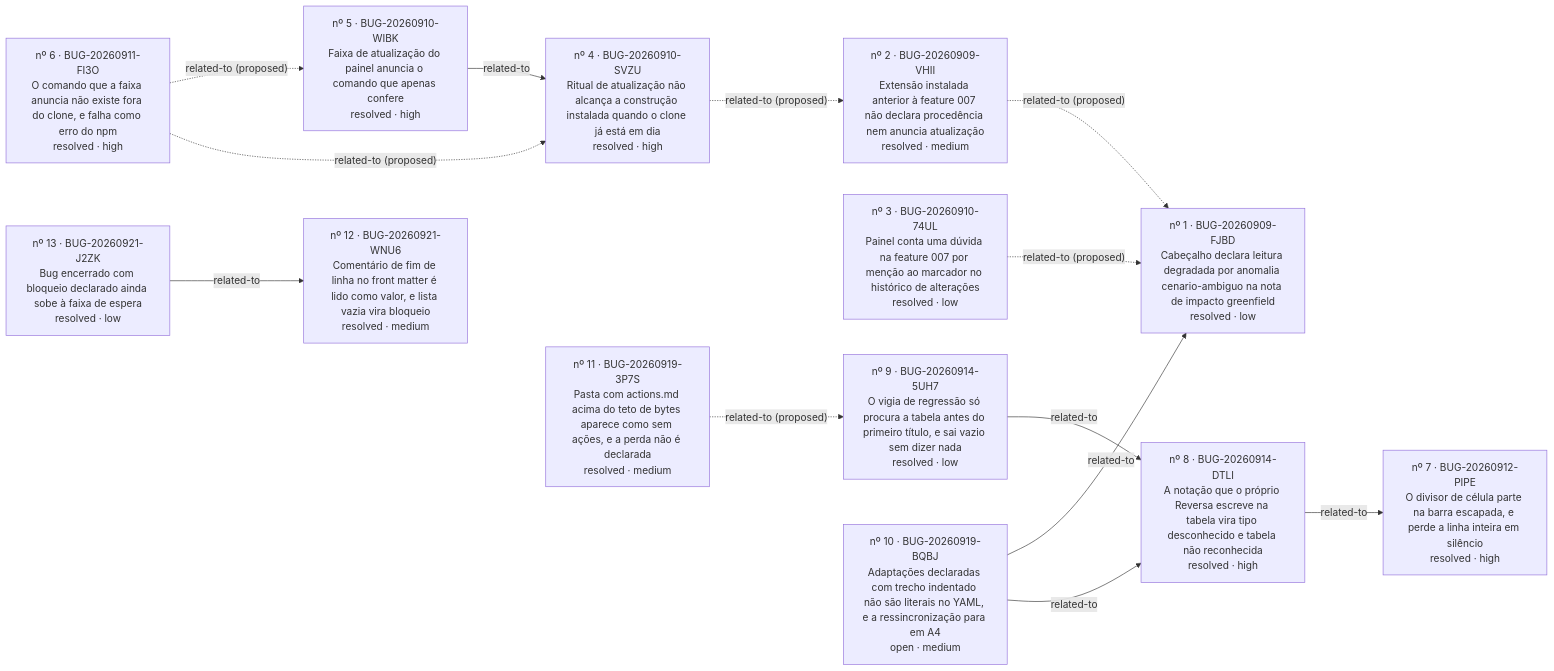
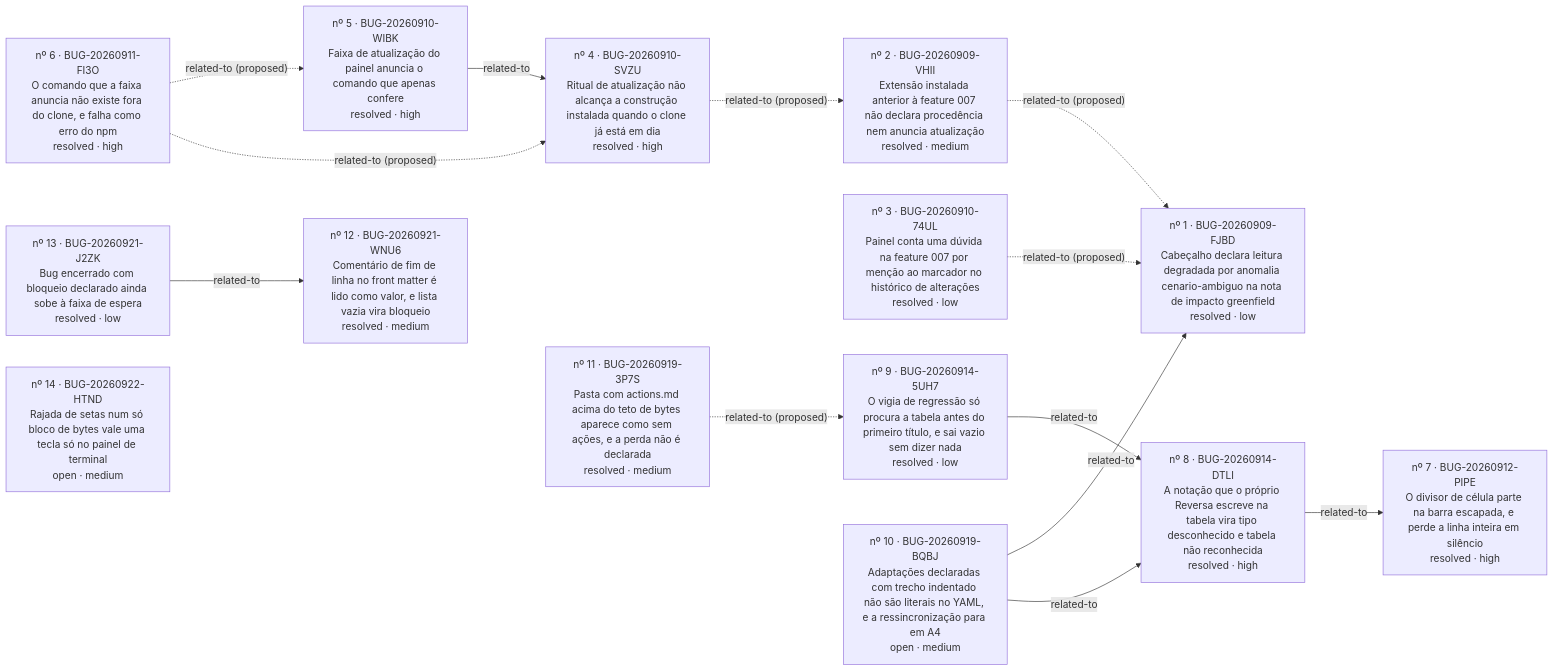
The diagram in _reversa_bugs/painel-do-processo/generated/graph.md (iago-leal/reversa-views), drawn with Mermaid before and after one commit. The commit also changed other lines of this file and 10 other files, not shown here.

First line of the commit message:
docs(bugs): nº 14, rajada de setas num só bloco vale uma tecla só

````diff
--- a/_reversa_bugs/painel-do-processo/generated/graph.md
+++ b/_reversa_bugs/painel-do-processo/generated/graph.md
@@ -4,28 +4,29 @@
 ```mermaid
 graph LR
   BUG_20260909_FJBD["nº 1 · BUG-20260909-FJBD<br/>Cabeçalho declara leitura degradada por anomalia cenario-ambiguo na nota de impacto greenfield<br/>resolved · low"]
   BUG_20260909_VHII["nº 2 · BUG-20260909-VHII<br/>Extensão instalada anterior à feature 007 não declara procedência nem anuncia atualização<br/>resolved · medium"]
   BUG_20260910_74UL["nº 3 · BUG-20260910-74UL<br/>Painel conta uma dúvida na feature 007 por menção ao marcador no histórico de alterações<br/>resolved · low"]
   BUG_20260910_SVZU["nº 4 · BUG-20260910-SVZU<br/>Ritual de atualização não alcança a construção instalada quando o clone já está em dia<br/>resolved · high"]
   BUG_20260910_WIBK["nº 5 · BUG-20260910-WIBK<br/>Faixa de atualização do painel anuncia o comando que apenas confere<br/>resolved · high"]
   BUG_20260911_FI3O["nº 6 · BUG-20260911-FI3O<br/>O comando que a faixa anuncia não existe fora do clone, e falha como erro do npm<br/>resolved · high"]
   BUG_20260912_PIPE["nº 7 · BUG-20260912-PIPE<br/>O divisor de célula parte na barra escapada, e perde a linha inteira em silêncio<br/>resolved · high"]
   BUG_20260914_5UH7["nº 9 · BUG-20260914-5UH7<br/>O vigia de regressão só procura a tabela antes do primeiro título, e sai vazio sem dizer nada<br/>resolved · low"]
   BUG_20260914_DTLI["nº 8 · BUG-20260914-DTLI<br/>A notação que o próprio Reversa escreve na tabela vira tipo desconhecido e tabela não reconhecida<br/>resolved · high"]
   BUG_20260919_3P7S["nº 11 · BUG-20260919-3P7S<br/>Pasta com actions.md acima do teto de bytes aparece como sem ações, e a perda não é declarada<br/>resolved · medium"]
   BUG_20260919_BQBJ["nº 10 · BUG-20260919-BQBJ<br/>Adaptações declaradas com trecho indentado não são literais no YAML, e a ressincronização para em A4<br/>open · medium"]
   BUG_20260921_J2ZK["nº 13 · BUG-20260921-J2ZK<br/>Bug encerrado com bloqueio declarado ainda sobe à faixa de espera<br/>resolved · low"]
   BUG_20260921_WNU6["nº 12 · BUG-20260921-WNU6<br/>Comentário de fim de linha no front matter é lido como valor, e lista vazia vira bloqueio<br/>resolved · medium"]
+  BUG_20260922_HTND["nº 14 · BUG-20260922-HTND<br/>Rajada de setas num só bloco de bytes vale uma tecla só no painel de terminal<br/>open · medium"]
   BUG_20260909_VHII -. related-to (proposed) .-> BUG_20260909_FJBD
   BUG_20260910_74UL -. related-to (proposed) .-> BUG_20260909_FJBD
   BUG_20260910_SVZU -. related-to (proposed) .-> BUG_20260909_VHII
   BUG_20260910_WIBK -- related-to --> BUG_20260910_SVZU
   BUG_20260911_FI3O -. related-to (proposed) .-> BUG_20260910_WIBK
   BUG_20260911_FI3O -. related-to (proposed) .-> BUG_20260910_SVZU
   BUG_20260914_5UH7 -- related-to --> BUG_20260914_DTLI
   BUG_20260914_DTLI -- related-to --> BUG_20260912_PIPE
   BUG_20260919_3P7S -. related-to (proposed) .-> BUG_20260914_5UH7
   BUG_20260919_BQBJ -- related-to --> BUG_20260909_FJBD
   BUG_20260919_BQBJ -- related-to --> BUG_20260914_DTLI
   BUG_20260921_J2ZK -- related-to --> BUG_20260921_WNU6
 ```
````
